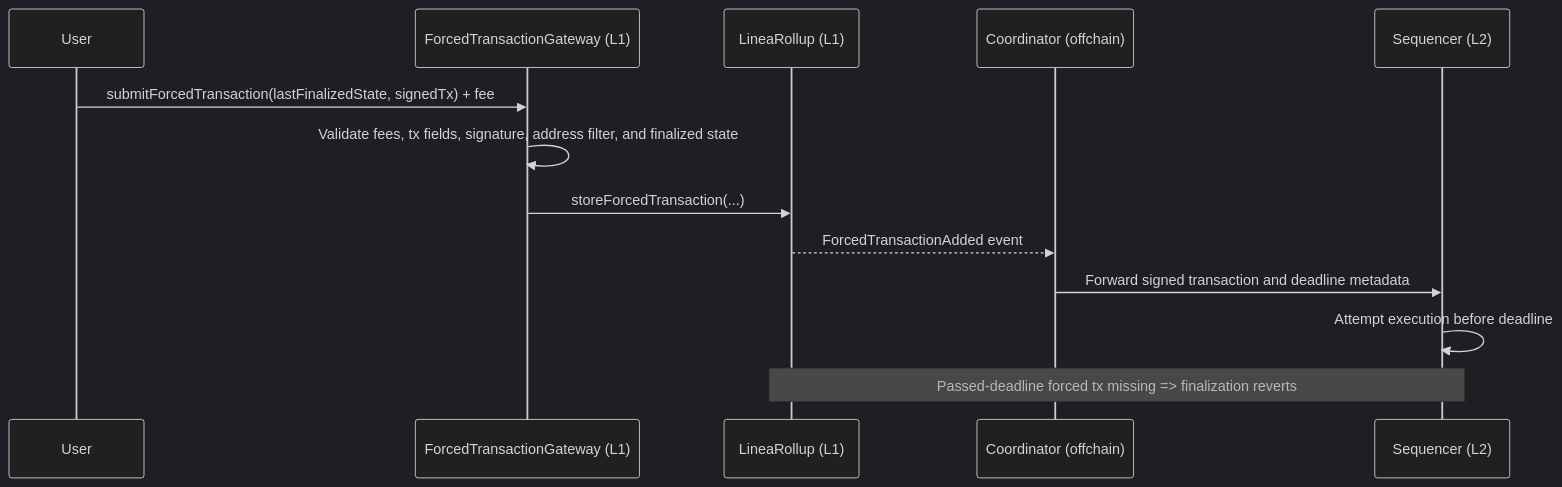
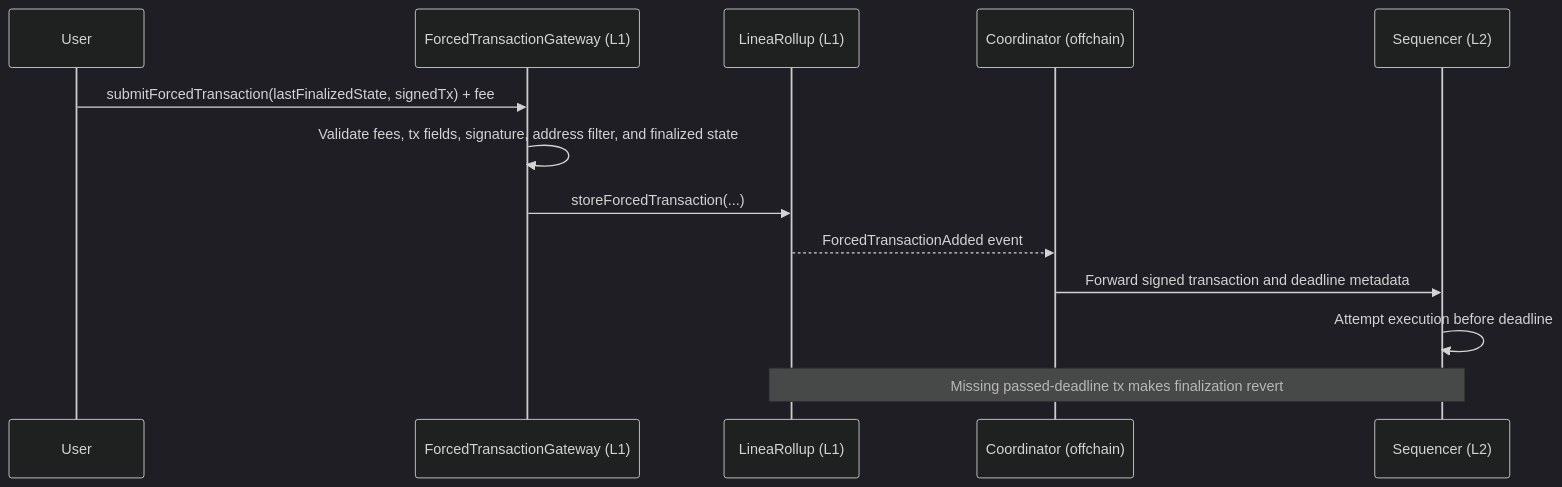
One commit to seamushelper/doc.linea changed the diagram in docs/protocol/architecture/forced-transactions.mdx. Above: the diagram before and after it, drawn with Mermaid (dark theme). The commit also changed other lines of this file, not shown here.

Commit message:
docs: clarify forced transactions for builders

````diff
--- a/docs/protocol/architecture/forced-transactions.mdx
+++ b/docs/protocol/architecture/forced-transactions.mdx
@@ -29,16 +58,16 @@
 ```mermaid
 sequenceDiagram
     participant User
     participant Gateway as ForcedTransactionGateway (L1)
     participant Rollup as LineaRollup (L1)
     participant Coordinator as Coordinator (offchain)
     participant Sequencer as Sequencer (L2)
 
     User->>Gateway: submitForcedTransaction(lastFinalizedState, signedTx) + fee
     Gateway->>Gateway: Validate fees, tx fields, signature, address filter, and finalized state
     Gateway->>Rollup: storeForcedTransaction(...)
     Rollup-->>Coordinator: ForcedTransactionAdded event
     Coordinator->>Sequencer: Forward signed transaction and deadline metadata
     Sequencer->>Sequencer: Attempt execution before deadline
-    Note over Rollup,Sequencer: Passed-deadline forced tx missing => finalization reverts
+    Note over Rollup,Sequencer: Missing passed-deadline tx makes finalization revert
 ```
````
